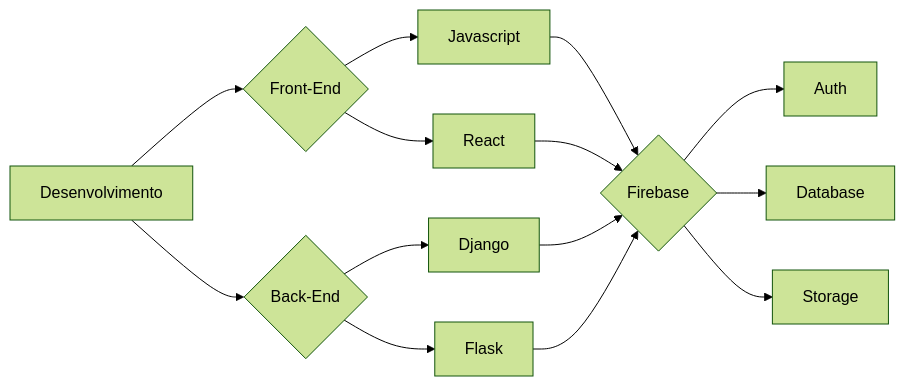
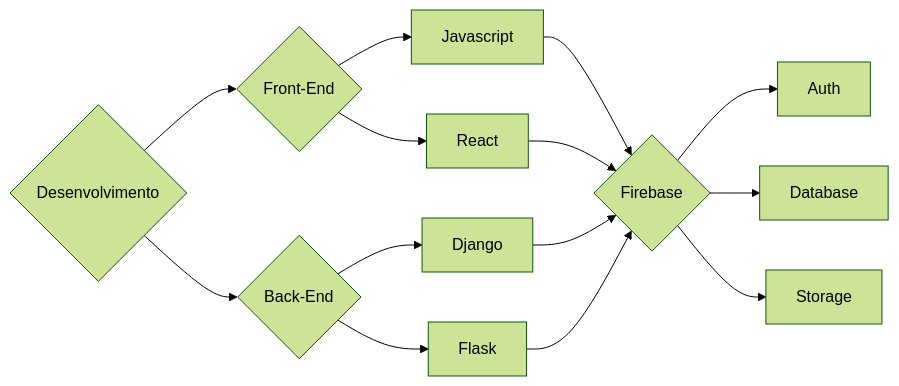
The first of 2 diagrams in README.md (SauloCandeira/SauloCandeira), drawn with Mermaid (forest theme) before and after one commit.

````diff
--- a/README.md
+++ b/README.md
@@ -60,17 +60,17 @@
 ```mermaid
 flowchart LR
 
-Z[Desenvolvimento] --> A[Front-End]
+Z{Desenvolvimento} --> A[Front-End]
 Z  --> B
 
 A{Front-End} --> I[Javascript] --> C{Firebase}
 A{Front-End} --> J[React] --> C{Firebase}
 
 B{Back-End} --> G[Django] --> C{Firebase}
 B{Back-End} --> H[Flask] --> C{Firebase}
 
 
 C --> D[Auth]
 C --> E[Database]
 C --> F[Storage]
 ```
````
